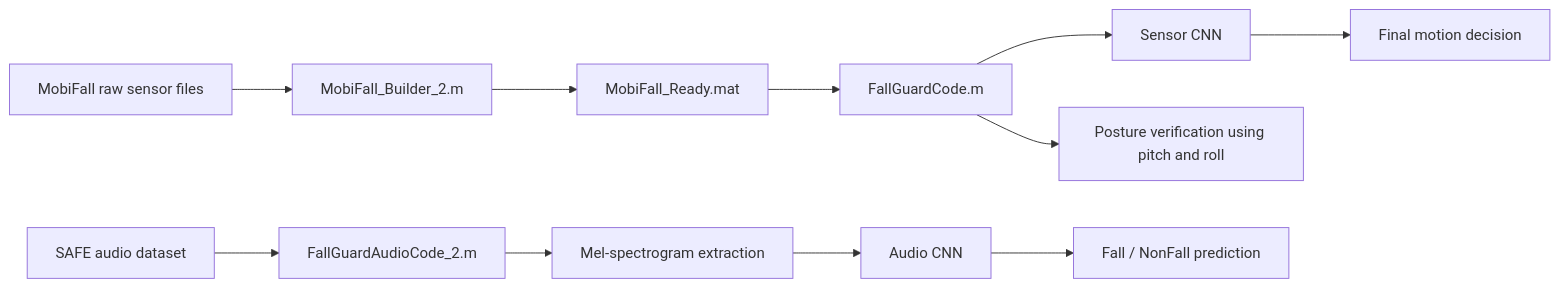
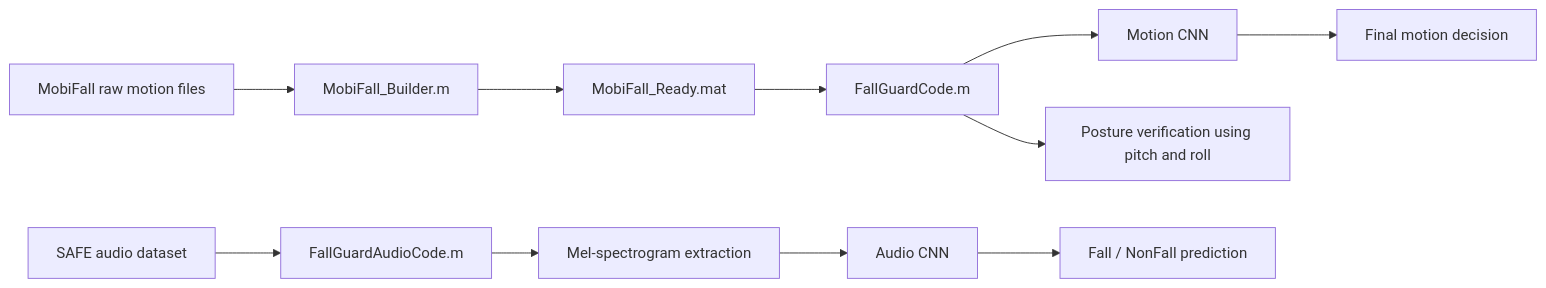
Before and after one commit to dukynuke/FallGuard-AI: the diagram in README.md, drawn with Mermaid. The commit also changed other lines of this file and 4 other files, not shown here.

````diff
--- a/README.md
+++ b/README.md
@@ -72,14 +72,14 @@
 ```mermaid
 flowchart LR
-    A[MobiFall raw sensor files] --> B[MobiFall_Builder_2.m]
+    A[MobiFall raw motion files] --> B[MobiFall_Builder.m]
     B --> C[MobiFall_Ready.mat]
     C --> D[FallGuardCode.m]
-    D --> E[Sensor CNN]
+    D --> E[Motion CNN]
     D --> F[Posture verification using pitch and roll]
     E --> G[Final motion decision]
 
-    H[SAFE audio dataset] --> I[FallGuardAudioCode_2.m]
+    H[SAFE audio dataset] --> I[FallGuardAudioCode.m]
     I --> J[Mel-spectrogram extraction]
     J --> K[Audio CNN]
     K --> L[Fall / NonFall prediction]
 ```
````
